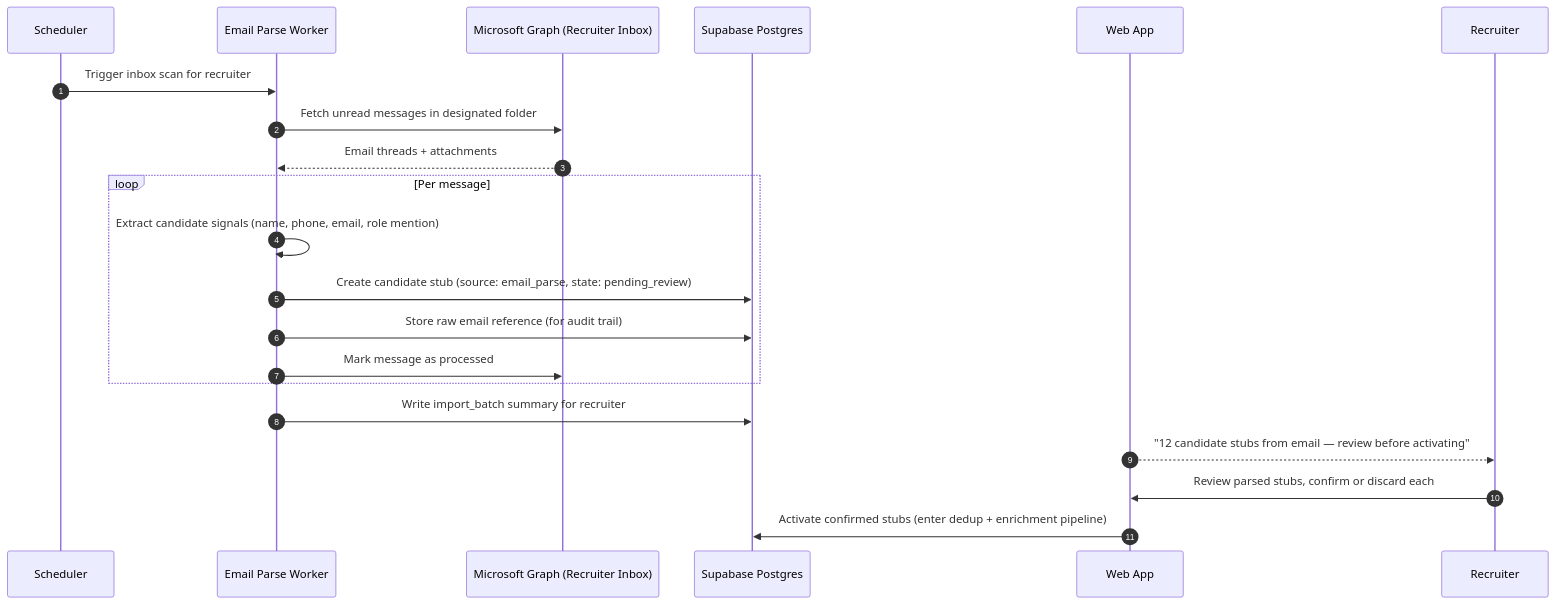
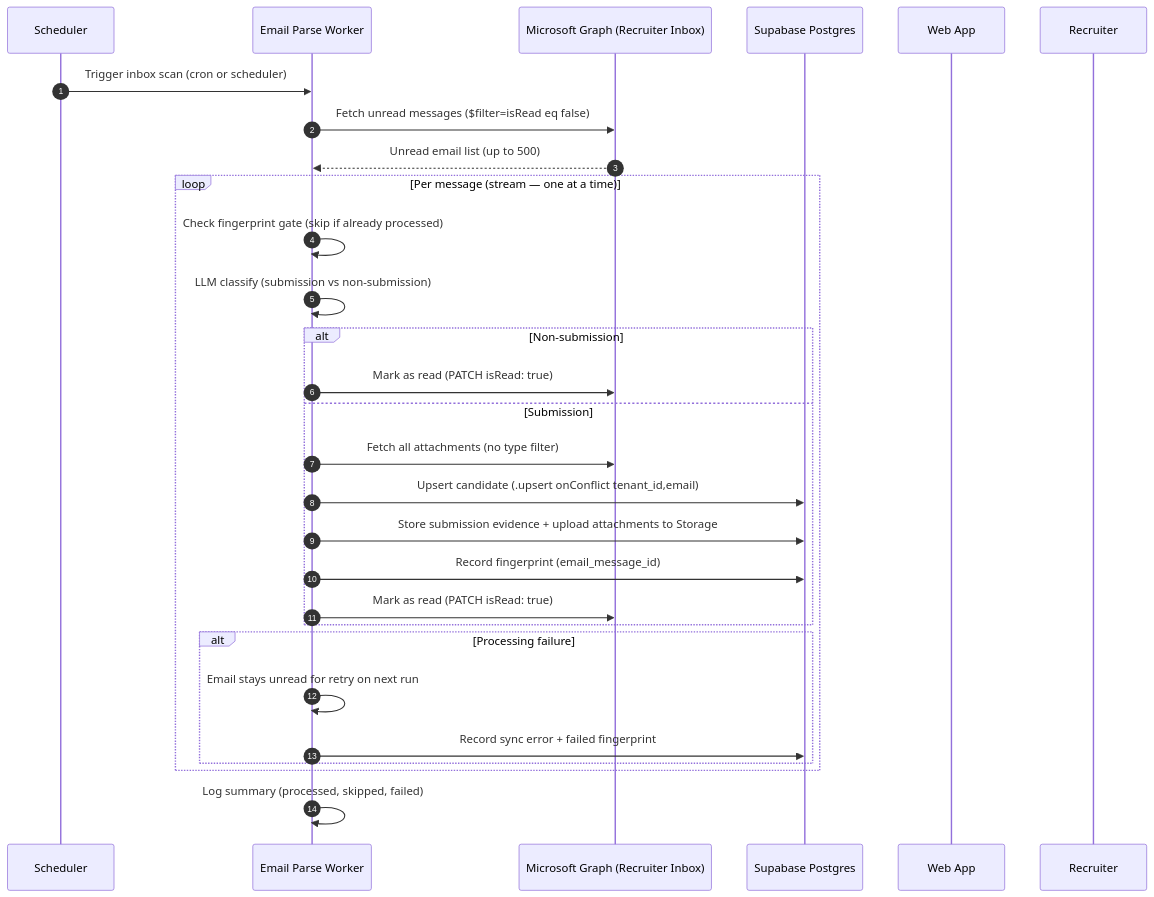
Diagram 15 of 19 in docs/planning_artifacts/architecture.md (vivek-dataskate/CBLAeroDelivery), drawn with Mermaid before and after one commit. The commit also changed other lines of this file and 3 other files, not shown here.

First line of the commit message:
docs: update planning artifacts for Story 2-3 code review + email sync changes

````diff
--- a/docs/planning_artifacts/architecture.md
+++ b/docs/planning_artifacts/architecture.md
@@ -868,24 +869,32 @@
 ```mermaid
 sequenceDiagram
   autonumber
   participant SCH as Scheduler
   participant PY as Email Parse Worker
   participant G as Microsoft Graph (Recruiter Inbox)
   participant DB as Supabase Postgres
   participant W as Web App
   participant R as Recruiter
 
-  SCH->>PY: Trigger inbox scan for recruiter
-  PY->>G: Fetch unread messages in designated folder
-  G-->>PY: Email threads + attachments
-  loop Per message
-    PY->>PY: Extract candidate signals (name, phone, email, role mention)
-    PY->>DB: Create candidate stub (source: email_parse, state: pending_review)
-    PY->>DB: Store raw email reference (for audit trail)
-    PY->>G: Mark message as processed
+  SCH->>PY: Trigger inbox scan (cron or scheduler)
+  PY->>G: Fetch unread messages ($filter=isRead eq false)
+  G-->>PY: Unread email list (up to 500)
+  loop Per message (stream — one at a time)
+    PY->>PY: Check fingerprint gate (skip if already processed)
+    PY->>PY: LLM classify (submission vs non-submission)
+    alt Non-submission
+      PY->>G: Mark as read (PATCH isRead: true)
+    else Submission
+      PY->>G: Fetch all attachments (no type filter)
+      PY->>DB: Upsert candidate (.upsert onConflict tenant_id,email)
+      PY->>DB: Store submission evidence + upload attachments to Storage
+      PY->>DB: Record fingerprint (email_message_id)
+      PY->>G: Mark as read (PATCH isRead: true)
+    end
+    alt Processing failure
+      PY->>PY: Email stays unread for retry on next run
+      PY->>DB: Record sync error + failed fingerprint
+    end
   end
-  PY->>DB: Write import_batch summary for recruiter
-  W-->>R: "12 candidate stubs from email — review before activating"
-  R->>W: Review parsed stubs, confirm or discard each
-  W->>DB: Activate confirmed stubs (enter dedup + enrichment pipeline)
+  PY->>PY: Log summary (processed, skipped, failed)
 ```
````
